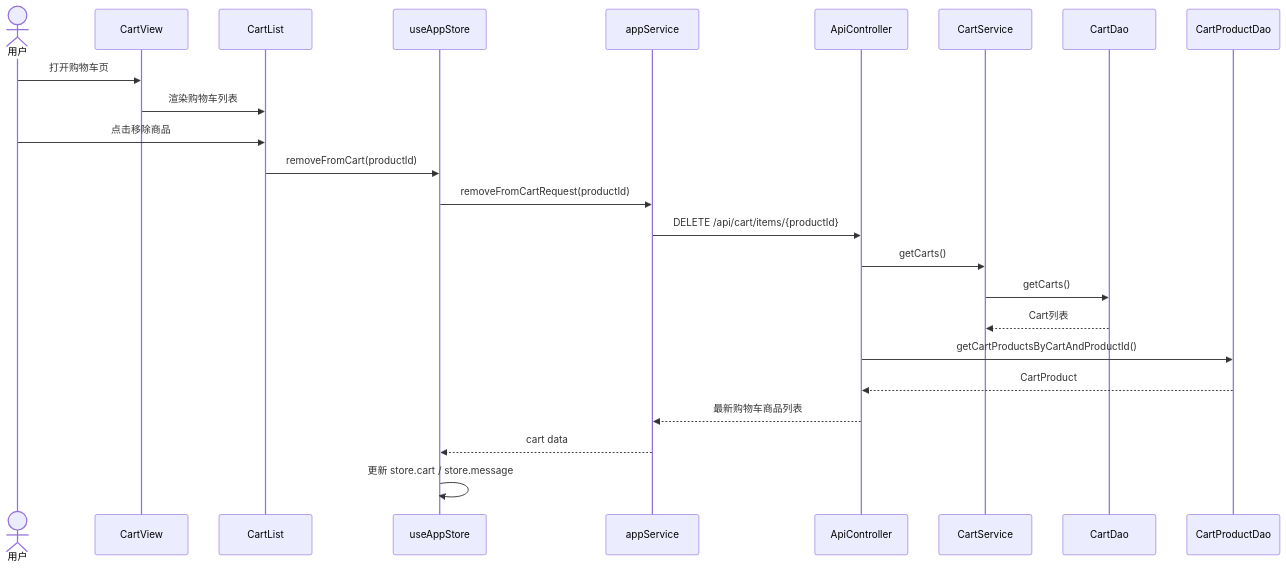
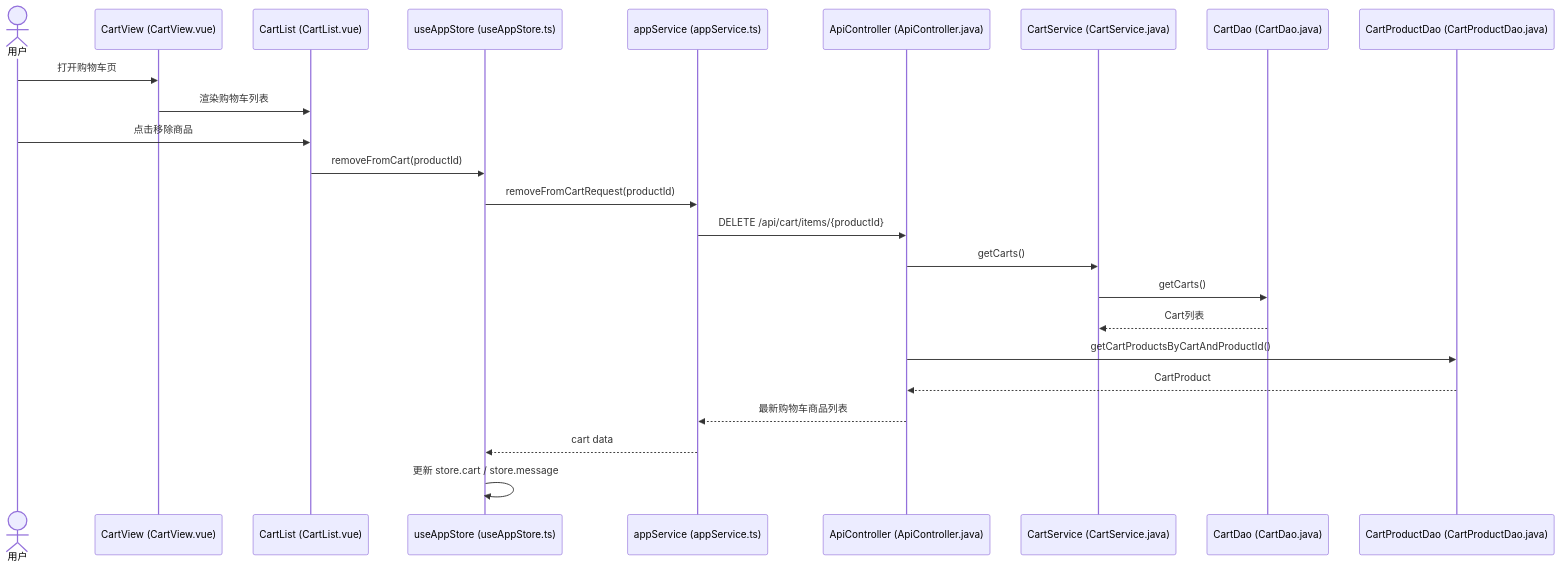
The third of 5 diagrams in java-projects/JtProject-Vue/docs/README.md (kurekako2017/vscode_study), drawn with Mermaid before and after one commit. The commit also changed other lines of this file and 11 other files, not shown here.

Commit message:
docs: expand AWS and project diagrams

````diff
--- a/java-projects/JtProject-Vue/docs/README.md
+++ b/java-projects/JtProject-Vue/docs/README.md
@@ -540,27 +314,27 @@
 ```mermaid
 sequenceDiagram
 		actor U as 用户
-		participant V as CartView
-		participant L as CartList
-		participant S as useAppStore
-		participant A as appService
-		participant C as ApiController
-		participant CS as CartService
-		participant CD as CartDao
-		participant CPD as CartProductDao
+		participant V as CartView (CartView.vue)
+		participant L as CartList (CartList.vue)
+		participant S as useAppStore (useAppStore.ts)
+		participant A as appService (appService.ts)
+		participant C as ApiController (ApiController.java)
+		participant CS as CartService (CartService.java)
+		participant CD as CartDao (CartDao.java)
+		participant CPD as CartProductDao (CartProductDao.java)
 
 		U->>V: 打开购物车页
 		V->>L: 渲染购物车列表
 		U->>L: 点击移除商品
 		L->>S: removeFromCart(productId)
 		S->>A: removeFromCartRequest(productId)
 		A->>C: DELETE /api/cart/items/{productId}
 		C->>CS: getCarts()
 		CS->>CD: getCarts()
 		CD-->>CS: Cart列表
 		C->>CPD: getCartProductsByCartAndProductId()
 		CPD-->>C: CartProduct
 		C-->>A: 最新购物车商品列表
 		A-->>S: cart data
 		S->>S: 更新 store.cart / store.message
 ```
````
